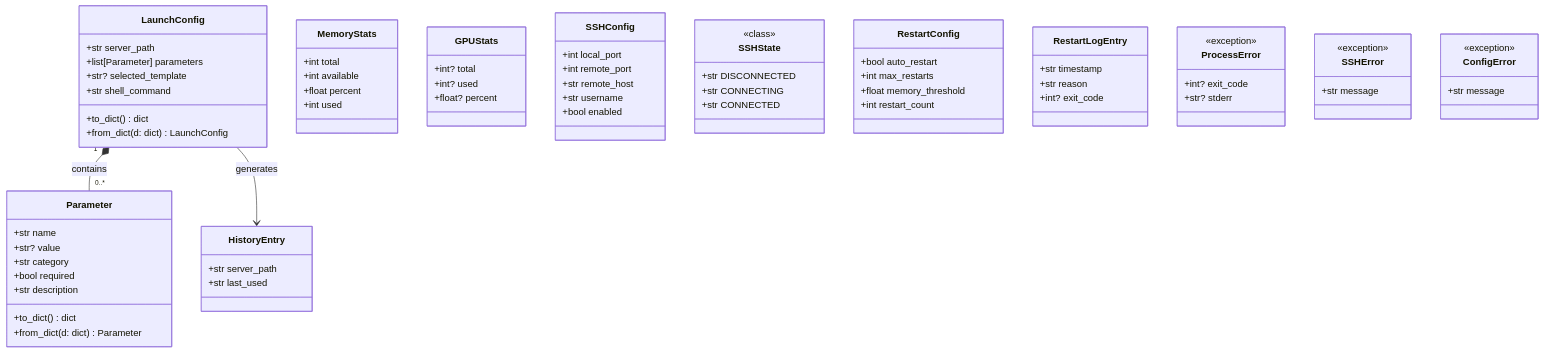
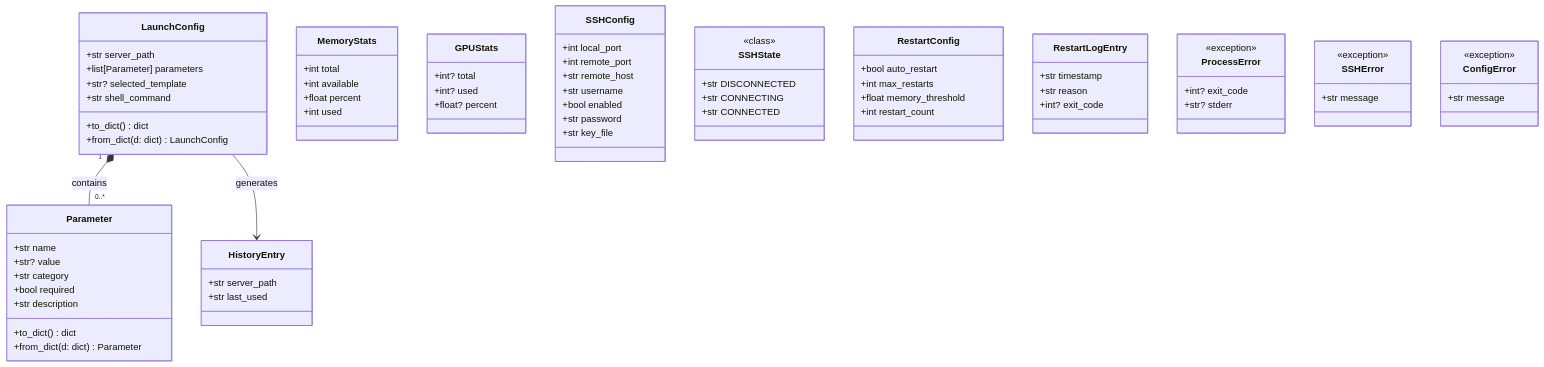
Before and after one commit to Ts-sound/llamacpp-panel: the diagram in docs/design/models/README.md, drawn with Mermaid. The commit also changed other lines of this file and 8 other files, not shown here.

```diff
--- a/docs/design/models/README.md
+++ b/docs/design/models/README.md
@@ -57,6 +57,8 @@
         +str remote_host
         +str username
         +bool enabled
+        +str password
+        +str key_file
     }
 
     class SSHState {
```
